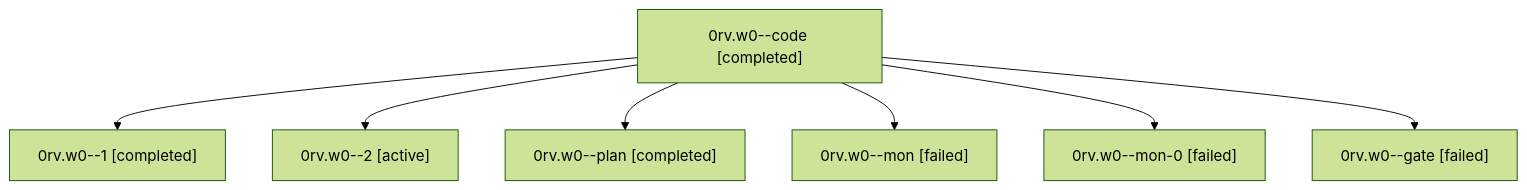
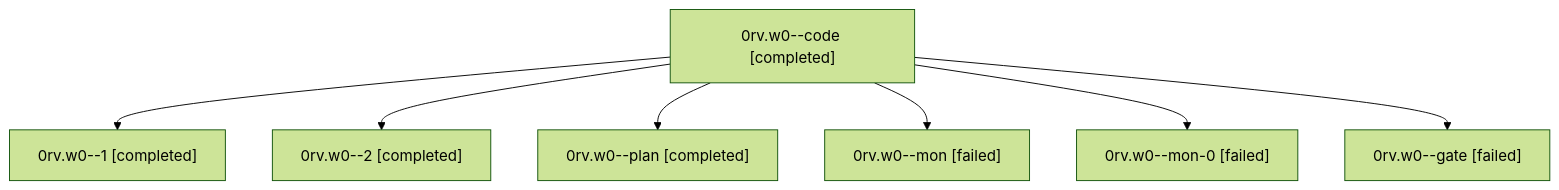
Before and after one commit to sase-org/sase--agents: the diagram in sessions/bbugyi200.athena.0rv.w0.md, drawn with Mermaid (forest theme). The commit also changed other lines of this file and 22 other files, not shown here.

````diff
--- a/sessions/bbugyi200.athena.0rv.w0.md
+++ b/sessions/bbugyi200.athena.0rv.w0.md
@@ -9,16 +9,16 @@
 ```mermaid
 flowchart TD
   n0["0rv.w0--code [completed]"]
   n1["0rv.w0--1 [completed]"]
   n0 --> n1
-  n2["0rv.w0--2 [active]"]
+  n2["0rv.w0--2 [completed]"]
   n0 --> n2
   n3["0rv.w0--plan [completed]"]
   n0 --> n3
   n4["0rv.w0--mon [failed]"]
   n0 --> n4
   n5["0rv.w0--mon-0 [failed]"]
   n0 --> n5
   n6["0rv.w0--gate [failed]"]
   n0 --> n6
 ```
````
